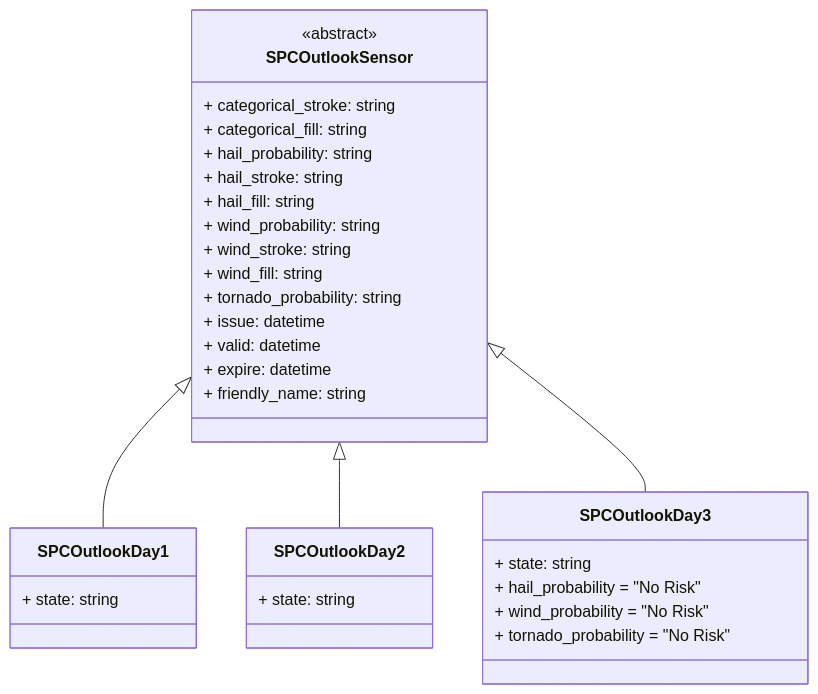
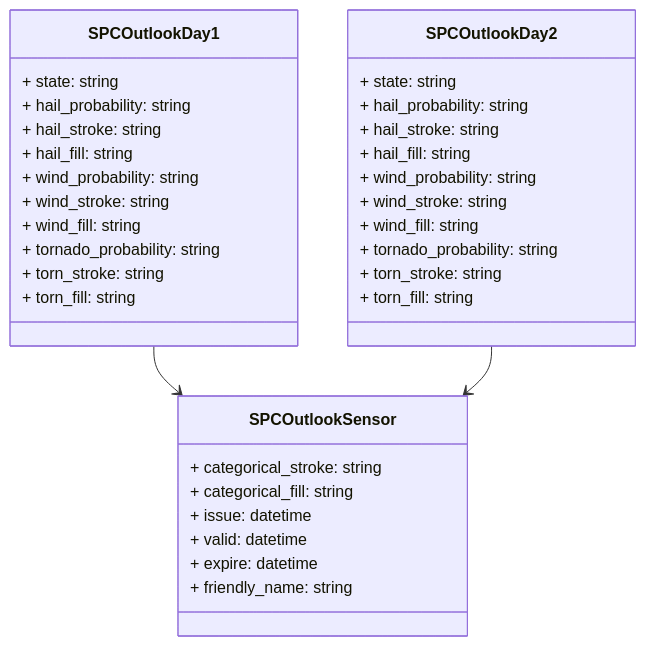
One commit to sedward5/nws_spc_outlook changed the diagram in README.md. Above: the diagram before and after it, drawn with Mermaid. The commit also changed other lines of this file, not shown here.

````diff
--- a/README.md
+++ b/README.md
@@ -82,38 +68,40 @@
 ```mermaid
 classDiagram
     class SPCOutlookSensor {
-        <<abstract>>
         + categorical_stroke: string
         + categorical_fill: string
-        + hail_probability: string
-        + hail_stroke: string
-        + hail_fill: string
-        + wind_probability: string
-        + wind_stroke: string
-        + wind_fill: string
-        + tornado_probability: string
         + issue: datetime
         + valid: datetime
         + expire: datetime
         + friendly_name: string
     }
 
     class SPCOutlookDay1 {
         + state: string
+        + hail_probability: string
+        + hail_stroke: string
+        + hail_fill: string
+        + wind_probability: string
+        + wind_stroke: string
+        + wind_fill: string
+        + tornado_probability: string
+        + torn_stroke: string
+        + torn_fill: string
     }
 
     class SPCOutlookDay2 {
         + state: string
+        + hail_probability: string
+        + hail_stroke: string
+        + hail_fill: string
+        + wind_probability: string
+        + wind_stroke: string
+        + wind_fill: string
+        + tornado_probability: string
+        + torn_stroke: string
+        + torn_fill: string
     }
 
-    class SPCOutlookDay3 {
-        + state: string
-        + hail_probability = "No Risk"
-        + wind_probability = "No Risk"
-        + tornado_probability = "No Risk"
-    }
-
-    SPCOutlookSensor <|-- SPCOutlookDay1
-    SPCOutlookSensor <|-- SPCOutlookDay2
-    SPCOutlookSensor <|-- SPCOutlookDay3
+    SPCOutlookDay1 --> SPCOutlookSensor
+    SPCOutlookDay2 --> SPCOutlookSensor
 ```
````
